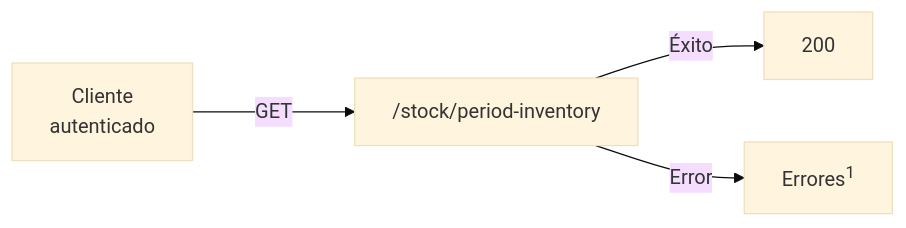
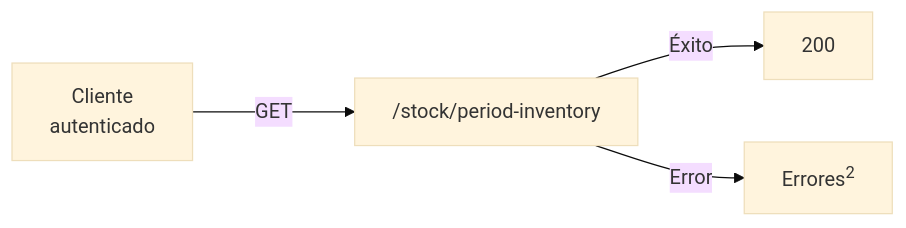
Diagram 21 of 21 in docs/procesos/almacenes.md (pedroifgonzalez/tecopos_api_doc), drawn with Mermaid (base theme) before and after one commit. The commit also changed other lines of this file and 2 other files, not shown here.

````diff
--- a/docs/procesos/almacenes.md
+++ b/docs/procesos/almacenes.md
@@ -232,7 +365,7 @@
 ```mermaid
 flowchart LR
 	A[Cliente
 	autenticado] -- GET ---> B[ /stock/period-inventory]
 	B -- Éxito --> C[200]
-	B -- Error --> D[Errores<sup>1</sup>]
+	B -- Error --> D[Errores<sup>2</sup>]
 ```
````
